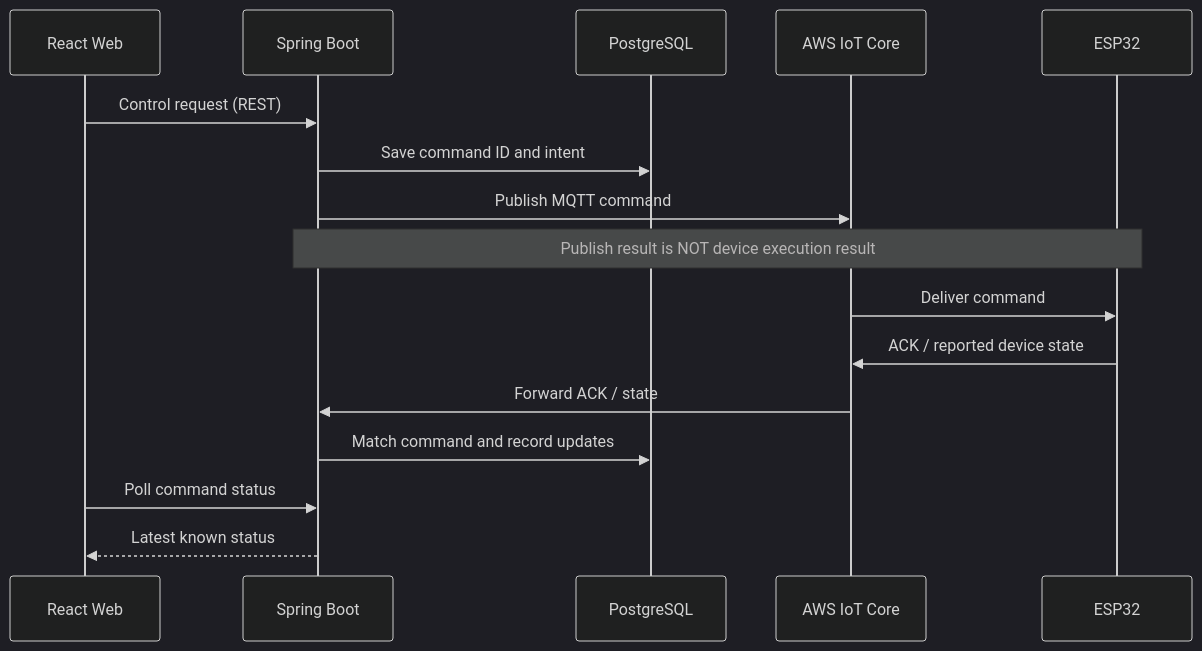
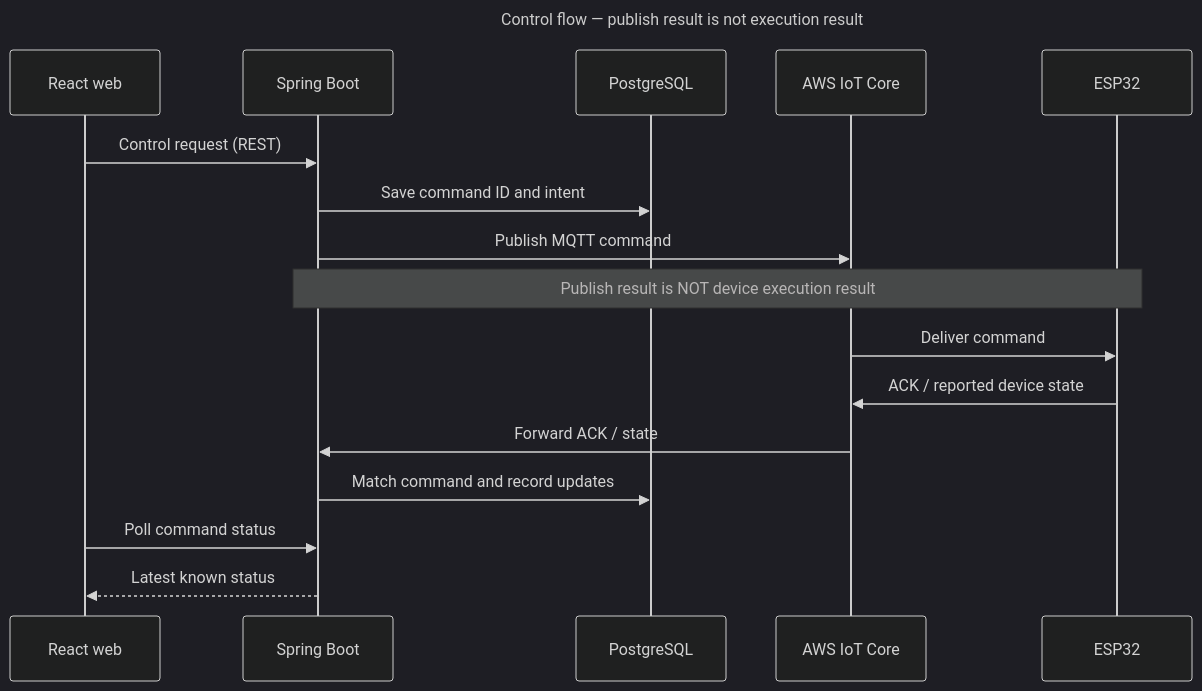
Before and after one commit to NiDa30/Interview: the fifth of 5 diagrams in book/chapters/chapter-12/12-02-system-architecture.md, drawn with Mermaid (dark theme). The commit also changed other lines of this file and 4 other files, not shown here.

````diff
--- a/book/chapters/chapter-12/12-02-system-architecture.md
+++ b/book/chapters/chapter-12/12-02-system-architecture.md
@@ -163,18 +166,19 @@
 ```mermaid
 sequenceDiagram
-    participant U as React Web
+    title Control flow — publish result is not execution result
+    participant U as React web
     participant B as Spring Boot
     participant D as PostgreSQL
     participant I as AWS IoT Core
     participant E as ESP32
     U->>B: Control request (REST)
     B->>D: Save command ID and intent
     B->>I: Publish MQTT command
     Note over B,E: Publish result is NOT device execution result
     I->>E: Deliver command
     E->>I: ACK / reported device state
     I->>B: Forward ACK / state
     B->>D: Match command and record updates
     U->>B: Poll command status
     B-->>U: Latest known status
 ```
````
